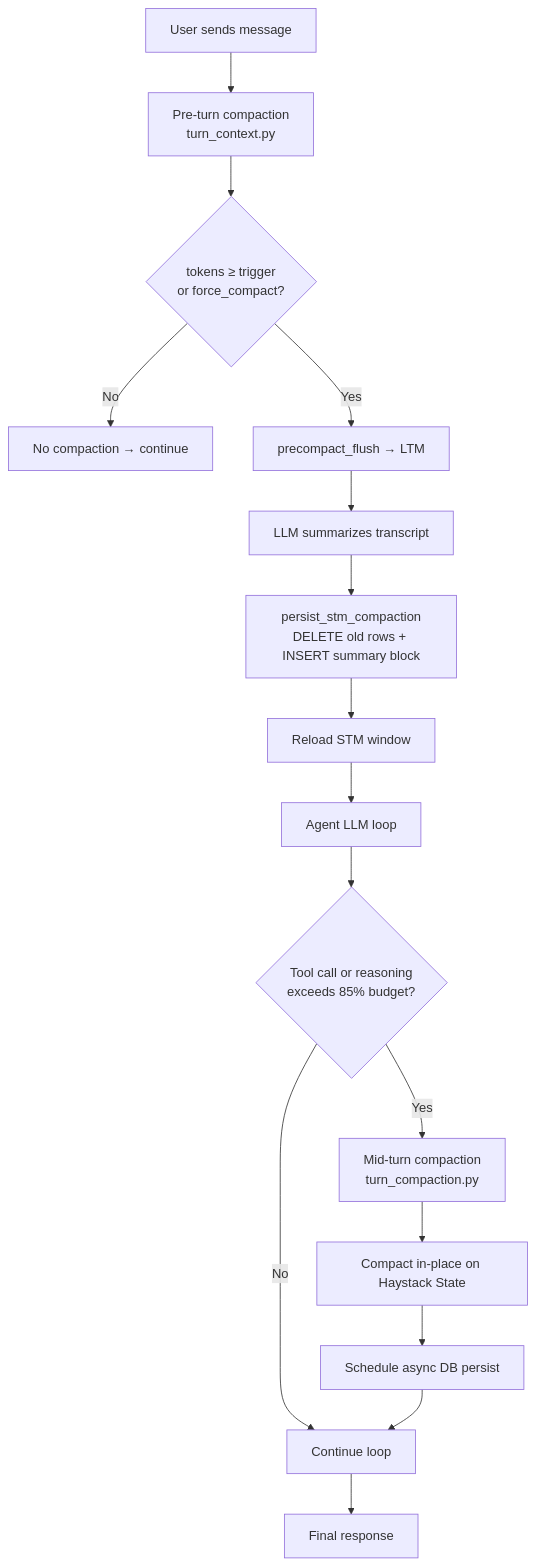
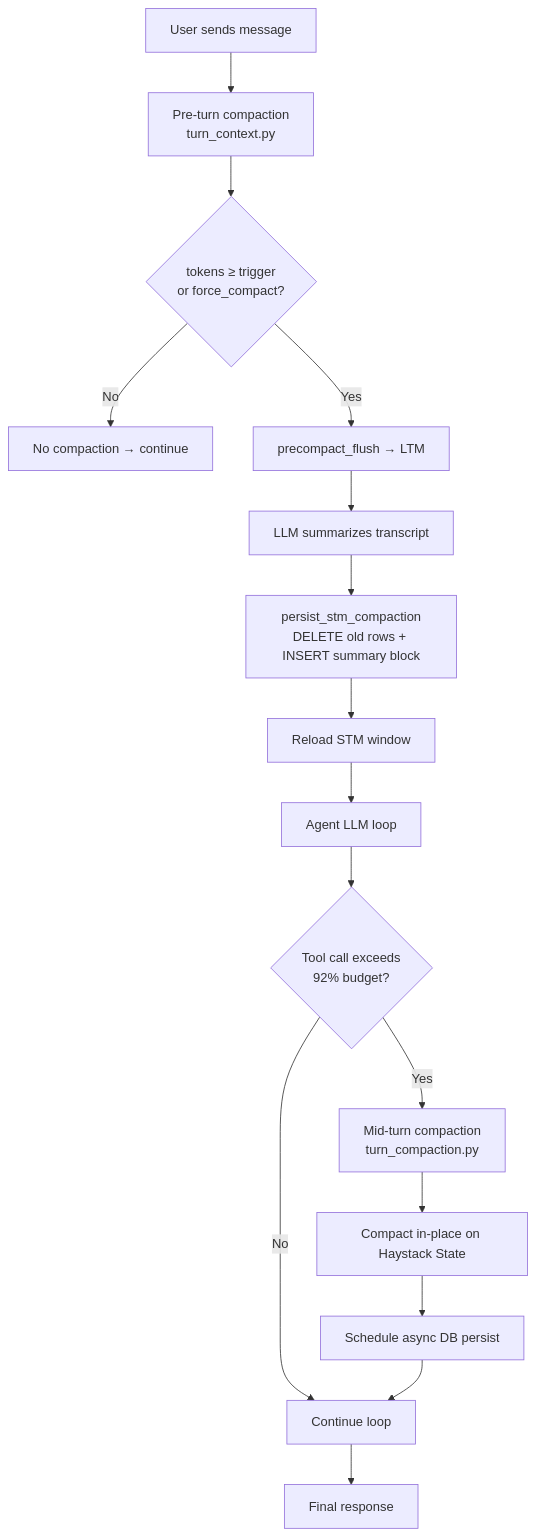
Before and after one commit to AION-by-ASA-Computer/AION_Agent: the diagram in docs/memory/context-compaction.md, drawn with Mermaid. The commit also changed other lines of this file and 30 other files, not shown here.

````diff
--- a/docs/memory/context-compaction.md
+++ b/docs/memory/context-compaction.md
@@ -17,18 +17,18 @@
 ```mermaid
 flowchart TD
     A[User sends message] --> B[Pre-turn compaction\nturn_context.py]
     B --> C{"tokens ≥ trigger\nor force_compact?"}
     C -->|No| D[No compaction → continue]
     C -->|Yes| E[precompact_flush → LTM]
     E --> F[LLM summarizes transcript]
     F --> G["persist_stm_compaction\nDELETE old rows + INSERT summary block"]
     G --> H[Reload STM window]
     H --> I[Agent LLM loop]
-    I --> J{"Tool call or reasoning\nexceeds 85% budget?"}
+    I --> J{"Tool call exceeds\n92% budget?"}
     J -->|No| K[Continue loop]
     J -->|Yes| L[Mid-turn compaction\nturn_compaction.py]
     L --> M[Compact in-place on Haystack State]
     M --> N[Schedule async DB persist]
     N --> K
     K --> O[Final response]
 ```
````
